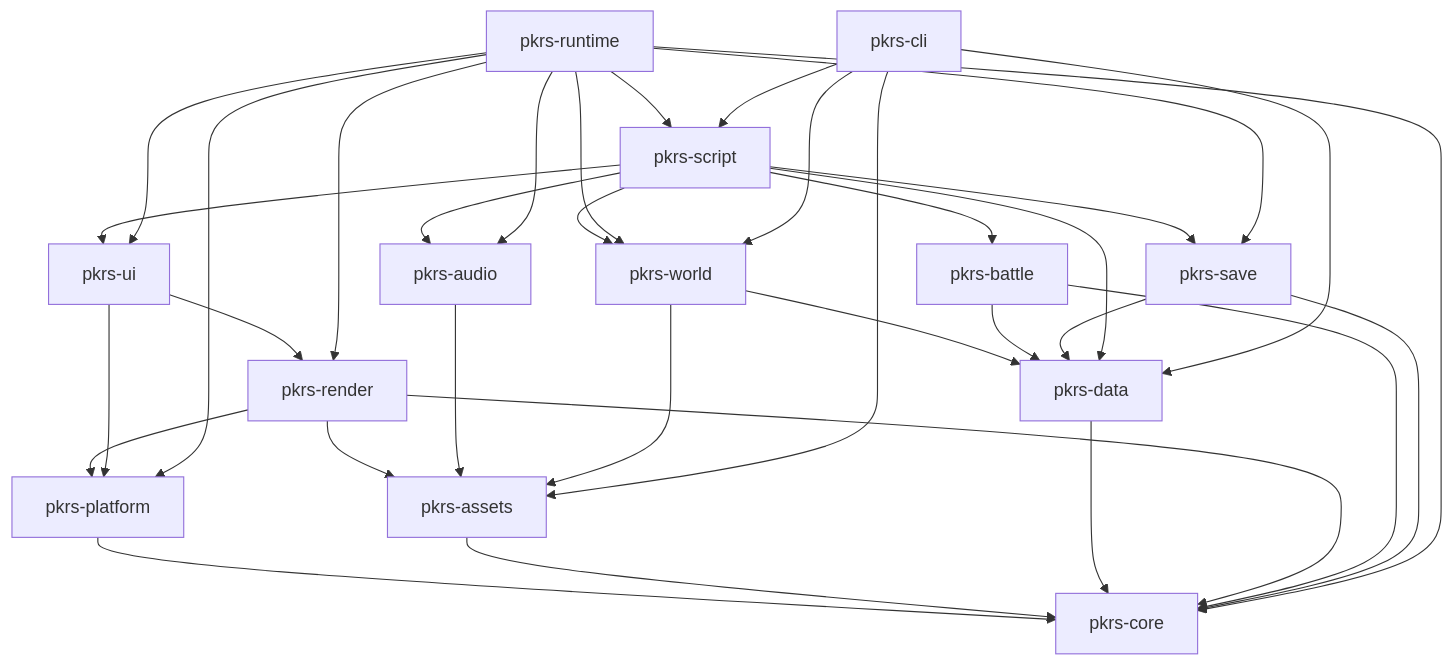
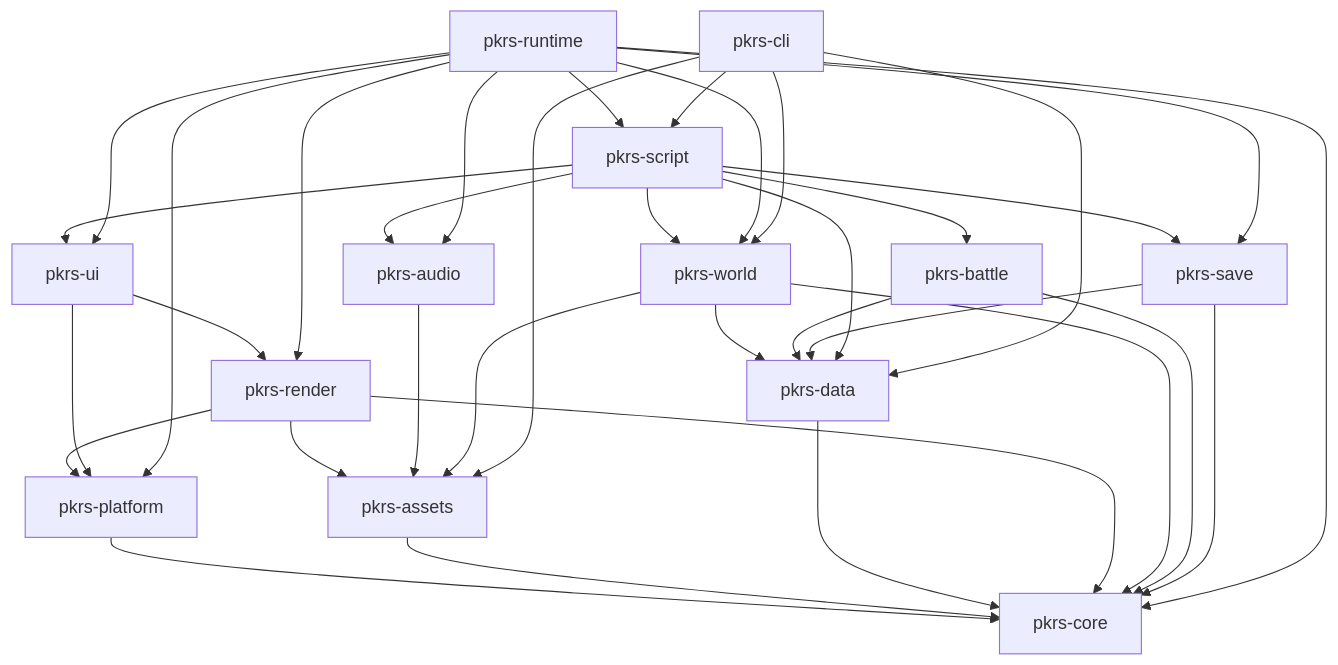
One commit to umbertocicciaa/pkrs changed the third of 5 diagrams in docs/design.md. Above: the diagram before and after it, drawn with Mermaid. The commit also changed other lines of this file and 28 other files, not shown here.

````diff
--- a/docs/design.md
+++ b/docs/design.md
@@ -359,16 +359,16 @@
 ```mermaid
 flowchart TD
   core[pkrs-core]
   platform[pkrs-platform] --> core
   assets[pkrs-assets] --> core
   data[pkrs-data] --> core
   render[pkrs-render] --> core & platform & assets
   audio[pkrs-audio] --> assets
-  world[pkrs-world] --> data & assets
+  world[pkrs-world] --> core & data & assets
   battle[pkrs-battle] --> core & data
   save[pkrs-save] --> core & data
   ui[pkrs-ui] --> render & platform
   script[pkrs-script] --> world & battle & data & save & ui & audio
   runtime[pkrs-runtime] --> core & script & render & audio & ui & save & world & platform
   cli[pkrs-cli] --> data & assets & world & script
 ```
````
